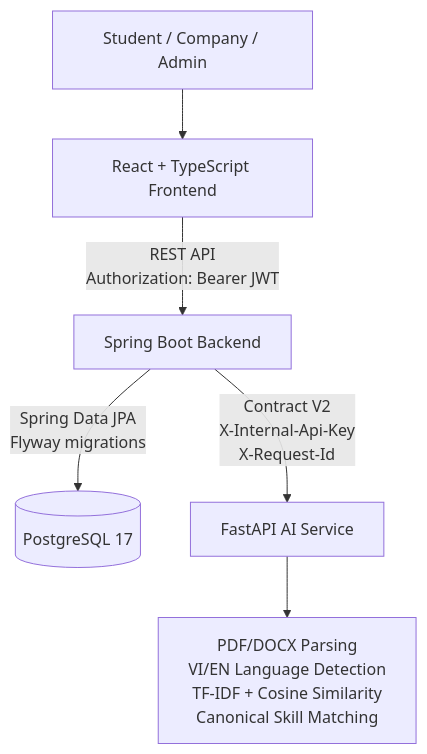
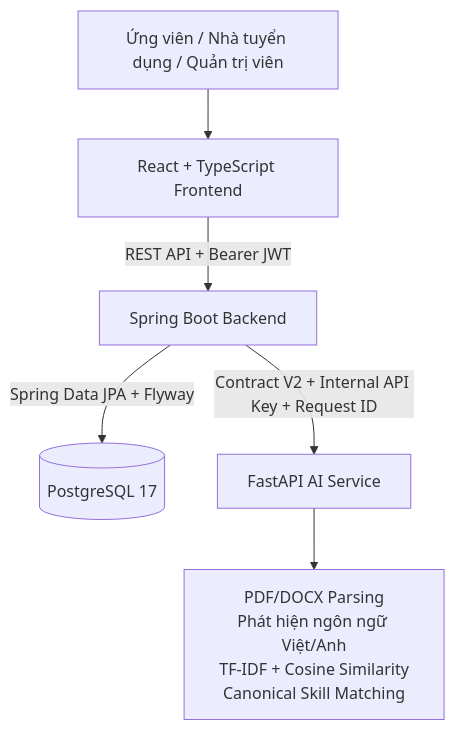
One commit to binkadev/student-job-recommendation-system changed the first of 2 diagrams in README.md. Above: the diagram before and after it, drawn with Mermaid. The commit also changed other lines of this file, not shown here.

````diff
--- a/README.md
+++ b/README.md
@@ -106,15 +133,15 @@
 ```mermaid
 flowchart TB
-    U[Student / Company / Admin]
+    U[Ứng viên / Nhà tuyển dụng / Quản trị viên]
     FE[React + TypeScript Frontend]
     BE[Spring Boot Backend]
     DB[(PostgreSQL 17)]
     AI[FastAPI AI Service]
-    NLP[PDF/DOCX Parsing<br/>VI/EN Language Detection<br/>TF-IDF + Cosine Similarity<br/>Canonical Skill Matching]
+    NLP[PDF/DOCX Parsing<br/>Phát hiện ngôn ngữ Việt/Anh<br/>TF-IDF + Cosine Similarity<br/>Canonical Skill Matching]
 
     U --> FE
-    FE -->|REST API<br/>Authorization: Bearer JWT| BE
-    BE -->|Spring Data JPA<br/>Flyway migrations| DB
-    BE -->|Contract V2<br/>X-Internal-Api-Key<br/>X-Request-Id| AI
+    FE -->|REST API + Bearer JWT| BE
+    BE -->|Spring Data JPA + Flyway| DB
+    BE -->|Contract V2 + Internal API Key + Request ID| AI
     AI --> NLP
 ```
````
